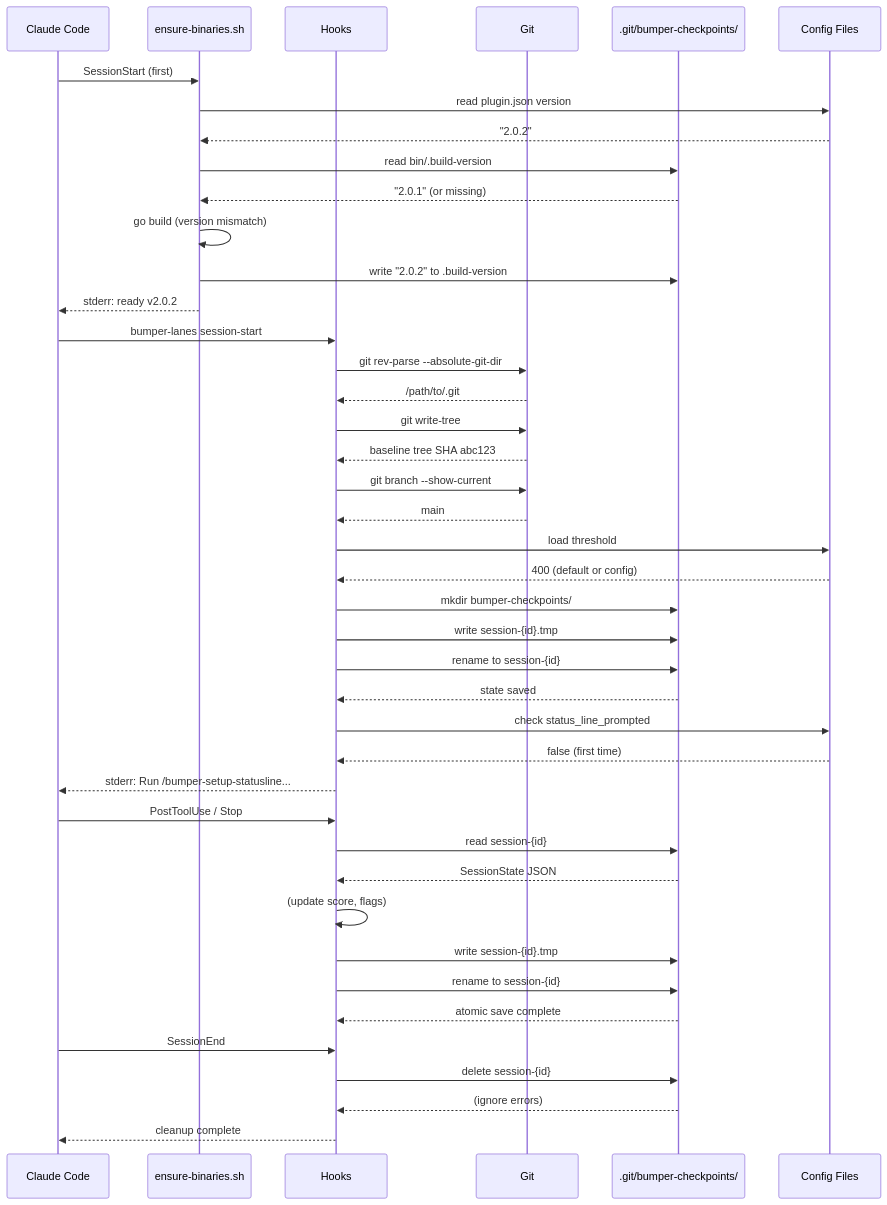
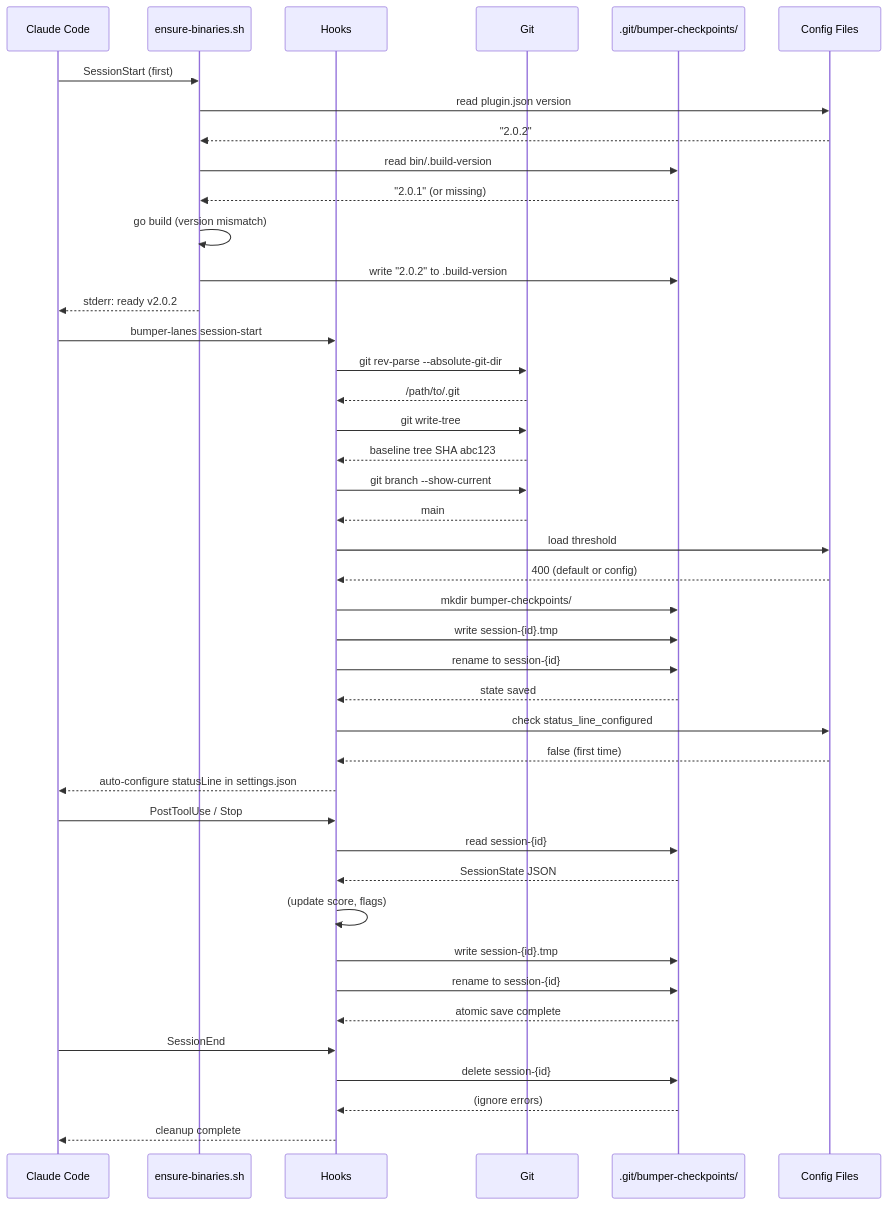
The diagram in docs/session-lifecycle-sequence.mmd (kylesnowschwartz/claude-bumper-lanes), drawn with Mermaid before and after one commit. The commit also changed 12 other files, not shown here.

First line of the commit message:
feat: simplify status line to use binary directly

```diff
--- a/docs/session-lifecycle-sequence.mmd
+++ b/docs/session-lifecycle-sequence.mmd
@@ -1,108 +1,108 @@
 %% Session Lifecycle: Checkpoint creation, updates, and cleanup
 %% Render: cat session-lifecycle-sequence.mmd | mermaid-ascii -f -
 %% Focus: State persistence in .git/bumper-checkpoints/
 
 sequenceDiagram
     participant CC as Claude Code
     participant Bin as ensure-binaries.sh
     participant Hook as Hooks
     participant Git
     participant FS as .git/bumper-checkpoints/
     participant Cfg as Config Files
 
     %% === BINARY VERSION CHECK (ensure-binaries.sh) ===
     CC->>Bin: SessionStart (first)
     Bin->>Cfg: read plugin.json version
     Cfg-->>Bin: "2.0.2"
     Bin->>FS: read bin/.build-version
     FS-->>Bin: "2.0.1" (or missing)
     Bin->>Bin: go build (version mismatch)
     Bin->>FS: write "2.0.2" to .build-version
     Bin-->>CC: stderr: ready v2.0.2
 
     %% === SESSION START ===
     CC->>Hook: bumper-lanes session-start
     Hook->>Git: git rev-parse --absolute-git-dir
     Git-->>Hook: /path/to/.git
     Hook->>Git: git write-tree
     Git-->>Hook: baseline tree SHA abc123
     Hook->>Git: git branch --show-current
     Git-->>Hook: main
     Hook->>Cfg: load threshold
     Cfg-->>Hook: 400 (default or config)
 
     %% Create checkpoint directory and state file
     Hook->>FS: mkdir bumper-checkpoints/
     Hook->>FS: write session-{id}.tmp
     Hook->>FS: rename to session-{id}
     FS-->>Hook: state saved
 
-    %% One-time prompt check
-    Hook->>Cfg: check status_line_prompted
+    %% One-time auto-setup check
+    Hook->>Cfg: check status_line_configured
     Cfg-->>Hook: false (first time)
-    Hook-->>CC: stderr: Run /bumper-setup-statusline...
+    Hook-->>CC: auto-configure statusLine in settings.json
 
     %% === DURING SESSION (each hook call) ===
     CC->>Hook: PostToolUse / Stop
     Hook->>FS: read session-{id}
     FS-->>Hook: SessionState JSON
     Hook->>Hook: (update score, flags)
     Hook->>FS: write session-{id}.tmp
     Hook->>FS: rename to session-{id}
     FS-->>Hook: atomic save complete
 
     %% === SESSION END ===
     CC->>Hook: SessionEnd
     Hook->>FS: delete session-{id}
     FS-->>Hook: (ignore errors)
     Hook-->>CC: cleanup complete
 
 %% ============================================================
 %% VALIDATION REFERENCES
 %% ============================================================
 %% - ensure-binaries.sh: scripts/ensure-binaries.sh (version sentinel)
 %% - SessionStart: internal/hooks/session_start.go:16-52
 %% - State New(): internal/state/session.go:135-153
 %% - State Save(): internal/state/session.go:90-133 (atomic write)
 %% - State Load(): internal/state/session.go:66-88
 %% - State Delete(): internal/state/session.go:155-162
 %% - SessionEnd: internal/hooks/session_end.go:9-13
 %% - Checkpoint dir: internal/state/session.go:35-45
 %%
 %% STATE FILE LOCATION
 %% Path: {git-dir}/bumper-checkpoints/session-{session_id}
 %% - Uses --absolute-git-dir for worktree support
 %% - Each worktree gets isolated checkpoints
 %%
 %% STATE FILE CONTENTS (JSON)
 %% {
 %%   "session_id": "abc123",
 %%   "baseline_tree": "def456",
 %%   "baseline_branch": "main",
 %%   "score": 125,
 %%   "threshold_limit": 400,
 %%   "stop_triggered": false,
 %%   "paused": false,
 %%   "view_mode": "tree",
 %%   "view_opts": "--width 80",
 %%   "created_at": "2024-01-15T10:30:00Z",
 %%   "repo_path": "/path/to/repo"
 %% }
 %%
 %% ATOMIC WRITES
 %% 1. Write to session-{id}.tmp
 %% 2. Rename to session-{id}
 %% Prevents race conditions between parallel hooks
 %%
 %% VERSION SENTINEL
 %% Path: bin/.build-version
 %% - Contains plugin version that binaries were built for
 %% - Compared against .claude-plugin/plugin.json on SessionStart
 %% - Triggers rebuild on version mismatch (plugin update scenario)
 %% - Fast path (~33ms) when version matches and binaries exist
 %%
 %% PAIN POINTS
 %% 1. State read/write on every hook call (I/O overhead)
 %% 2. No cleanup of orphaned checkpoints if session crashes
 %% 3. Checkpoint dir accumulates lock files on crashes
 %% 4. No state versioning - schema changes break old files
```
